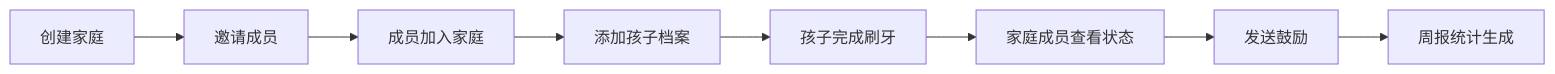
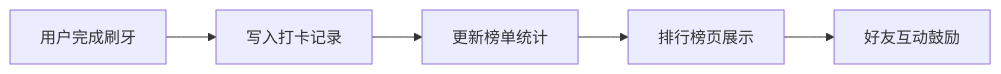
Before and after one commit to caterpi11ar/dentic: the third of 3 diagrams in docs/prd/wechat-miniapp-kids-brushing-prd.md, drawn with Mermaid. The commit also changed other lines of this file and 1 other file, not shown here.

````diff
--- a/docs/prd/wechat-miniapp-kids-brushing-prd.md
+++ b/docs/prd/wechat-miniapp-kids-brushing-prd.md
@@ -407,10 +378,7 @@
 ```mermaid
 flowchart LR
-  A[创建家庭] --> B[邀请成员]
-  B --> C[成员加入家庭]
-  C --> D[添加孩子档案]
-  D --> E[孩子完成刷牙]
-  E --> F[家庭成员查看状态]
-  F --> G[发送鼓励]
-  G --> H[周报统计生成]
+  A[用户完成刷牙] --> B[写入打卡记录]
+  B --> C[更新榜单统计]
+  C --> D[排行榜页展示]
+  D --> E[好友互动鼓励]
 ```
````
